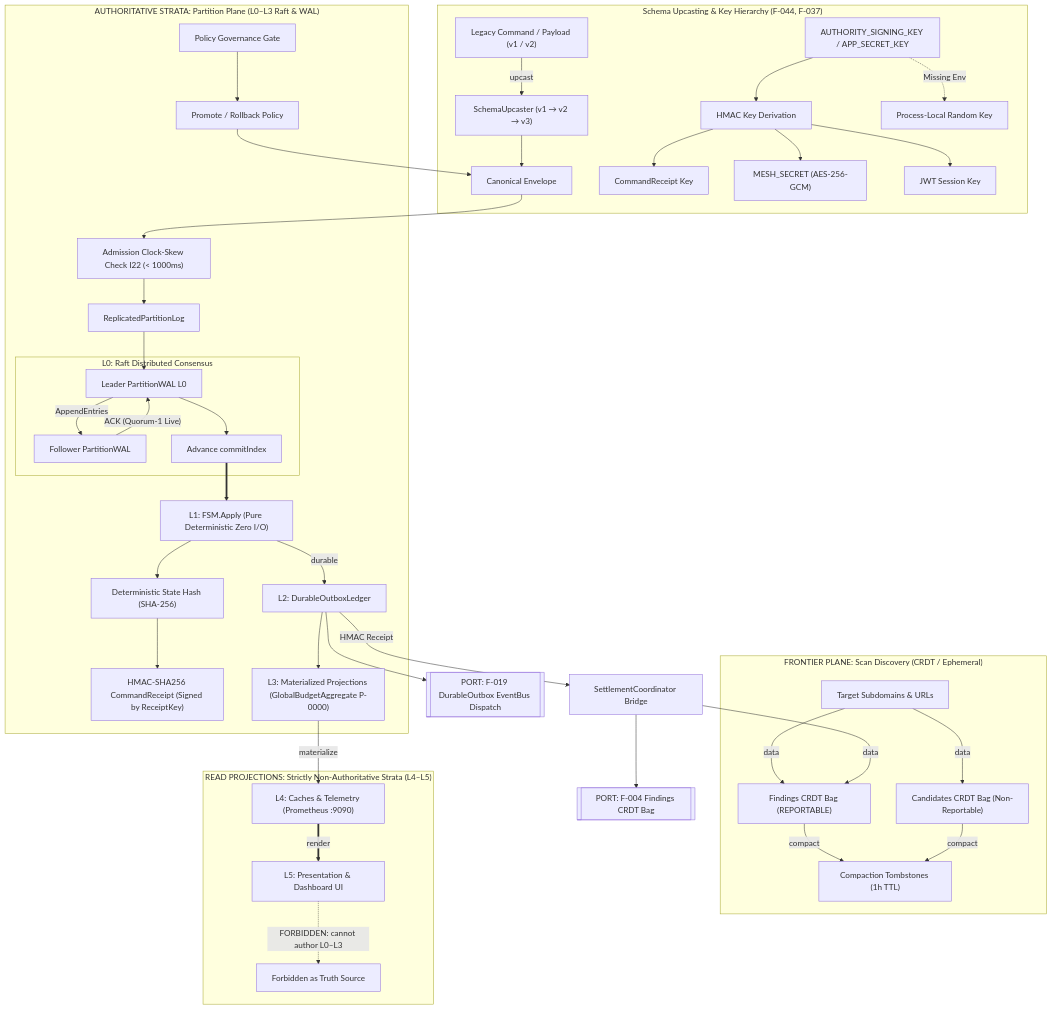
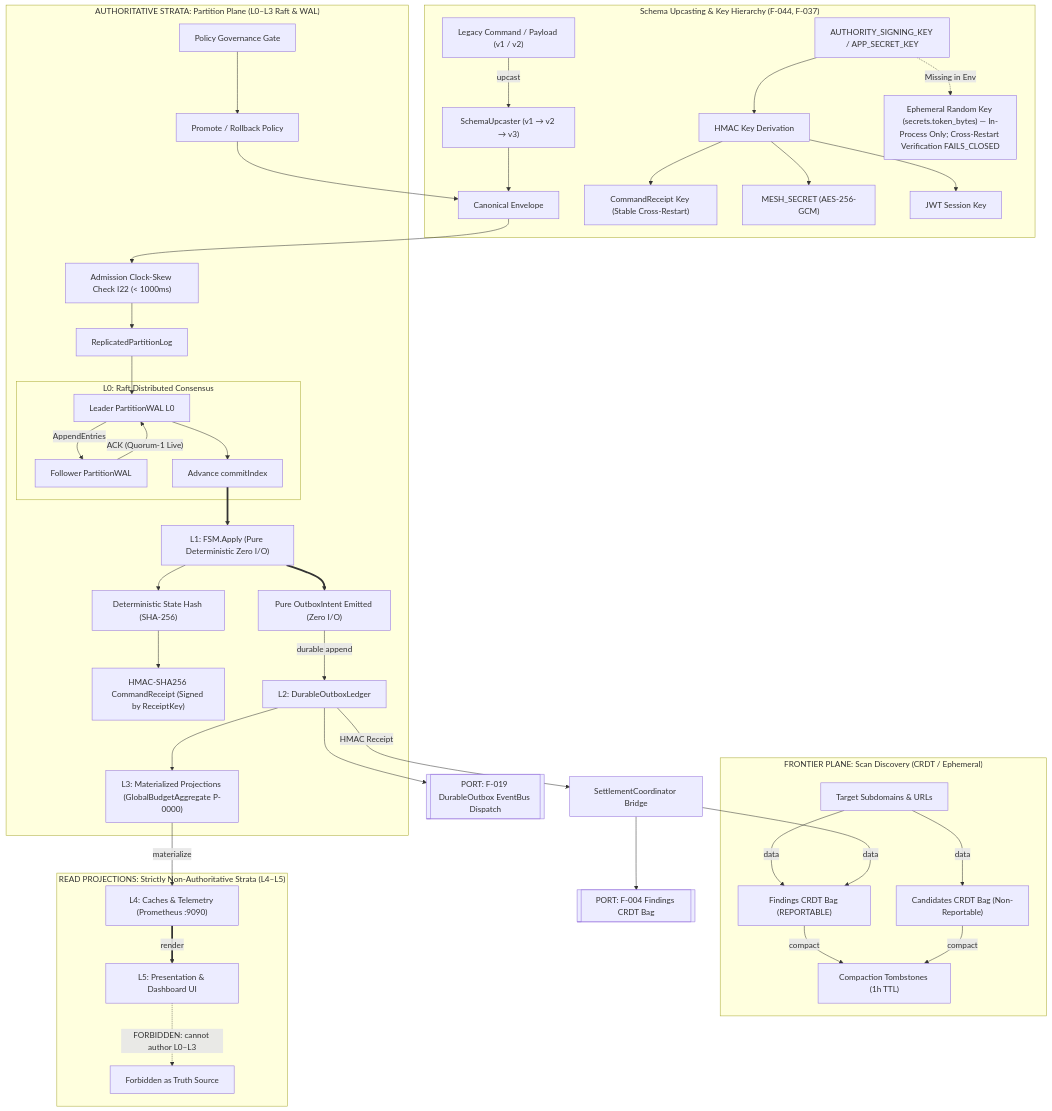
Before and after one commit to AviralGup7/Singularity-Zero: the fourth of 15 diagrams in docs/flowchart.md, drawn with Mermaid. The commit also changed other lines of this file, not shown here.

Commit message:
docs(atlas): resolve graph correctness problems (dual edge taxonomy, zero-I/O Intent, plane decoupling, prerequisite semantics, crypto fail-closed)

````diff
--- a/docs/flowchart.md
+++ b/docs/flowchart.md
@@ -197,55 +203,56 @@
 ```mermaid
 flowchart TD
     subgraph Upcasting["Schema Upcasting & Key Hierarchy (F-044, F-037)"]
         OldPayload["Legacy Command / Payload (v1 / v2)"]:::impl -->|upcast| Upcaster["SchemaUpcaster (v1 → v2 → v3)"]:::impl
         Upcaster --> Envelope["Canonical Envelope"]:::impl
         MasterKey["AUTHORITY_SIGNING_KEY / APP_SECRET_KEY"]:::impl --> Derive["HMAC Key Derivation"]:::impl
-        Derive --> ReceiptKey["CommandReceipt Key"]:::impl
+        Derive --> ReceiptKey["CommandReceipt Key (Stable Cross-Restart)"]:::impl
         Derive --> MeshKey["MESH_SECRET (AES-256-GCM)"]:::impl
         Derive --> JWTKey["JWT Session Key"]:::impl
-        MasterKey -.->|Missing Env| Fallback["Process-Local Random Key"]:::vacuous
+        MasterKey -.->|Missing in Env| Fallback["Ephemeral Random Key (secrets.token_bytes) — In-Process Only; Cross-Restart Verification FAILS_CLOSED"]:::forbidden
     end
 
     subgraph AuthoritativeStrata["AUTHORITATIVE STRATA: Partition Plane (L0–L3 Raft & WAL)"]
         Tuner["Policy Governance Gate"]:::impl --> Promo["Promote / Rollback Policy"]:::impl
         Promo --> Envelope
         Envelope --> Admit["Admission Clock-Skew Check I22 (< 1000ms)"]:::impl
         Admit --> Log["ReplicatedPartitionLog"]:::impl
         
         subgraph L0_Consensus["L0: Raft Distributed Consensus"]
             Leader["Leader PartitionWAL L0"]:::impl
             F1["Follower PartitionWAL"]:::library
             Leader -->|"AppendEntries"| F1
             F1 -->|"ACK (Quorum-1 Live)"| Leader
             Leader --> Commit["Advance commitIndex"]:::impl
         end
         Log --> Leader
         Commit ==> Apply["L1: FSM.Apply (Pure Deterministic Zero I/O)"]:::impl
         Apply --> StateHash["Deterministic State Hash (SHA-256)"]:::impl
         StateHash --> Receipt["HMAC-SHA256 CommandReceipt (Signed by ReceiptKey)"]:::impl
-        Apply -->|durable| Outbox["L2: DurableOutboxLedger"]:::impl
+        Apply ==> Intent["Pure OutboxIntent Emitted (Zero I/O)"]:::impl
+        Intent -->|durable append| Outbox["L2: DurableOutboxLedger"]:::impl
         Outbox --> Proj["L3: Materialized Projections (GlobalBudgetAggregate P-0000)"]:::impl
     end
     
     subgraph FrontierPlane["FRONTIER PLANE: Scan Discovery (CRDT / Ephemeral)"]
         F_Targets["Target Subdomains & URLs"]:::impl
         F_Findings["Findings CRDT Bag (REPORTABLE)"]:::impl
         F_Candidates["Candidates CRDT Bag (Non-Reportable)"]:::impl
         F_Tombstones["Compaction Tombstones (1h TTL)"]:::impl
         F_Targets -->|data| F_Findings
         F_Targets -->|data| F_Candidates
         F_Findings -->|compact| F_Tombstones
         F_Candidates -->|compact| F_Tombstones
     end
     
     Outbox -->|"HMAC Receipt"| Bridge["SettlementCoordinator Bridge"]:::impl
     Bridge -->|data| F_Findings
     Bridge --> PORT_F004_CRDT[["PORT: F-004 Findings CRDT Bag"]]
     Outbox --> PORT_F019_BUS[["PORT: F-019 DurableOutbox EventBus Dispatch"]]
     
     subgraph ReadProjections["READ PROJECTIONS: Strictly Non-Authoritative Strata (L4–L5)"]
         Proj -->|materialize| Cache["L4: Caches & Telemetry (Prometheus :9090)"]:::impl
         Cache ==>|render| UI["L5: Presentation & Dashboard UI"]:::impl
         UI -.->|"FORBIDDEN: cannot author L0–L3"| Forbidden["Forbidden as Truth Source"]:::forbidden
     end
 ```
````
